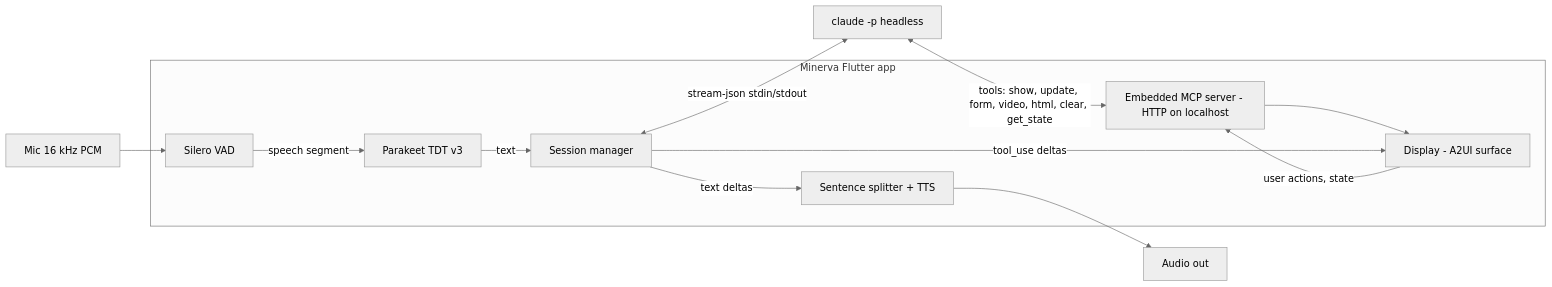
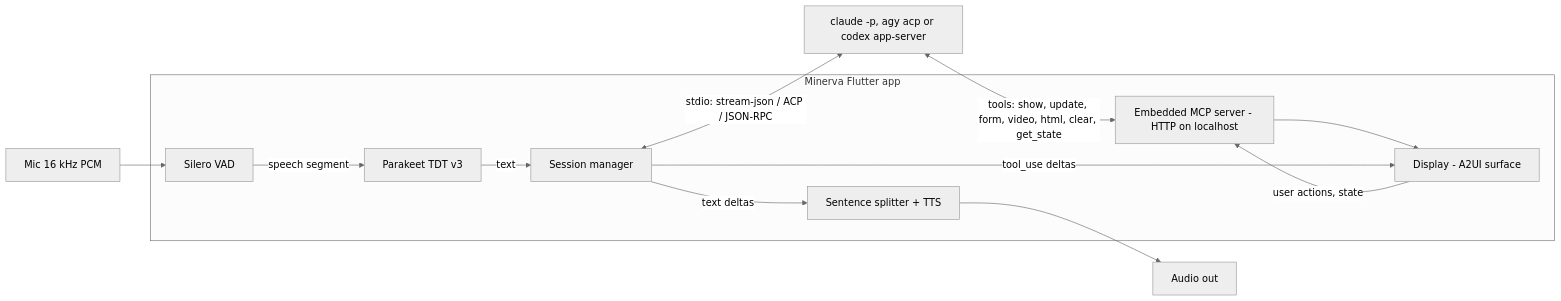
One commit to kidandcat/displai changed the diagram in docs/design.md. Above: the diagram before and after it, drawn with Mermaid (neutral theme). The commit also changed other lines of this file and 1 other file, not shown here.

Commit message:
docs: three brain providers and the fallback order

````diff
--- a/docs/design.md
+++ b/docs/design.md
@@ -30,20 +32,20 @@
 ```mermaid
 flowchart LR
   Mic[Mic 16 kHz PCM] --> VAD[Silero VAD]
   VAD -->|speech segment| STT[Parakeet TDT v3]
   STT -->|text| Brain
   subgraph App[Minerva Flutter app]
     VAD
     STT
     Brain[Session manager]
     Speaker[Sentence splitter + TTS]
     MCP[Embedded MCP server - HTTP on localhost]
     Surface[Display - A2UI surface]
   end
-  Brain <-->|stream-json stdin/stdout| CC[claude -p headless]
+  Brain <-->|stdio: stream-json / ACP / JSON-RPC| CC[claude -p, agy acp or codex app-server]
   CC <-->|tools: show, update, form, video, html, clear, get_state| MCP
   MCP --> Surface
   Surface -->|user actions, state| MCP
   Brain -->|text deltas| Speaker --> Out[Audio out]
   Brain -->|tool_use deltas| Surface
 ```
````
